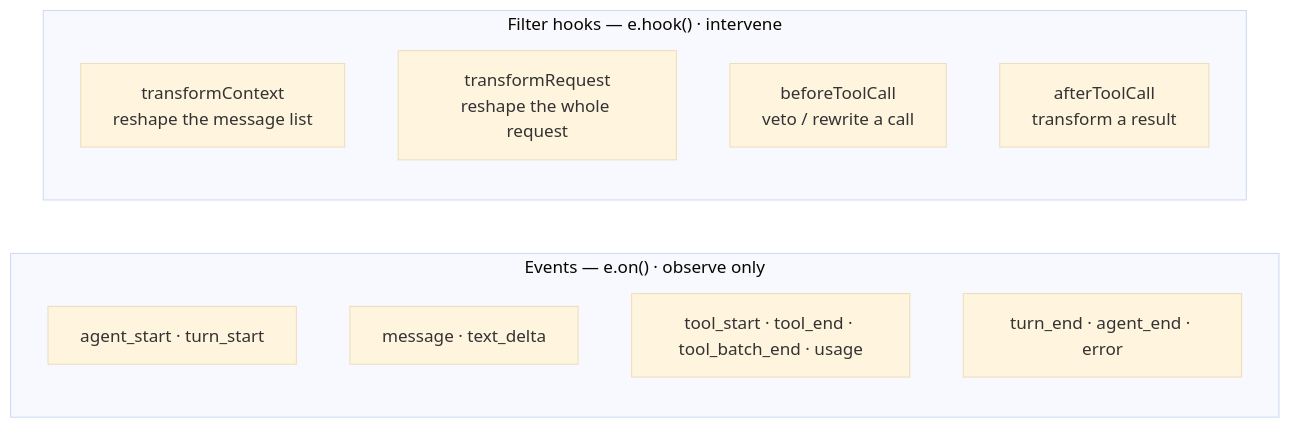
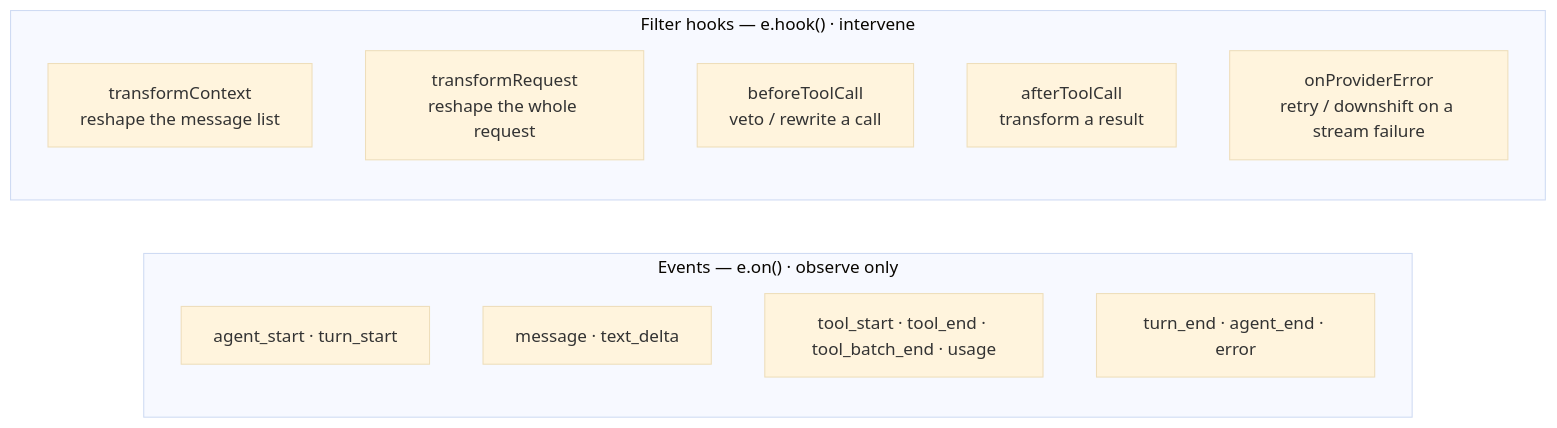
One commit to caohaotiantian/EAgent changed the third of 5 diagrams in README.md. Above: the diagram before and after it, drawn with Mermaid (base theme). The commit also changed other lines of this file and 9 other files, not shown here.

````diff
--- a/README.md
+++ b/README.md
@@ -153,17 +153,18 @@
 ```mermaid
 flowchart LR
     subgraph OBS["Events — e.on() · observe only"]
         direction TB
         EVA["agent_start · turn_start"]
         EVB["message · text_delta"]
         EVC["tool_start · tool_end · tool_batch_end · usage"]
         EVD["turn_end · agent_end · error"]
     end
     subgraph INT["Filter hooks — e.hook() · intervene"]
         direction TB
         H1["transformContext<br/>reshape the message list"]
         H2["transformRequest<br/>reshape the whole request"]
         H3["beforeToolCall<br/>veto / rewrite a call"]
         H4["afterToolCall<br/>transform a result"]
+        H5["onProviderError<br/>retry / downshift on a stream failure"]
     end
 ```
````
